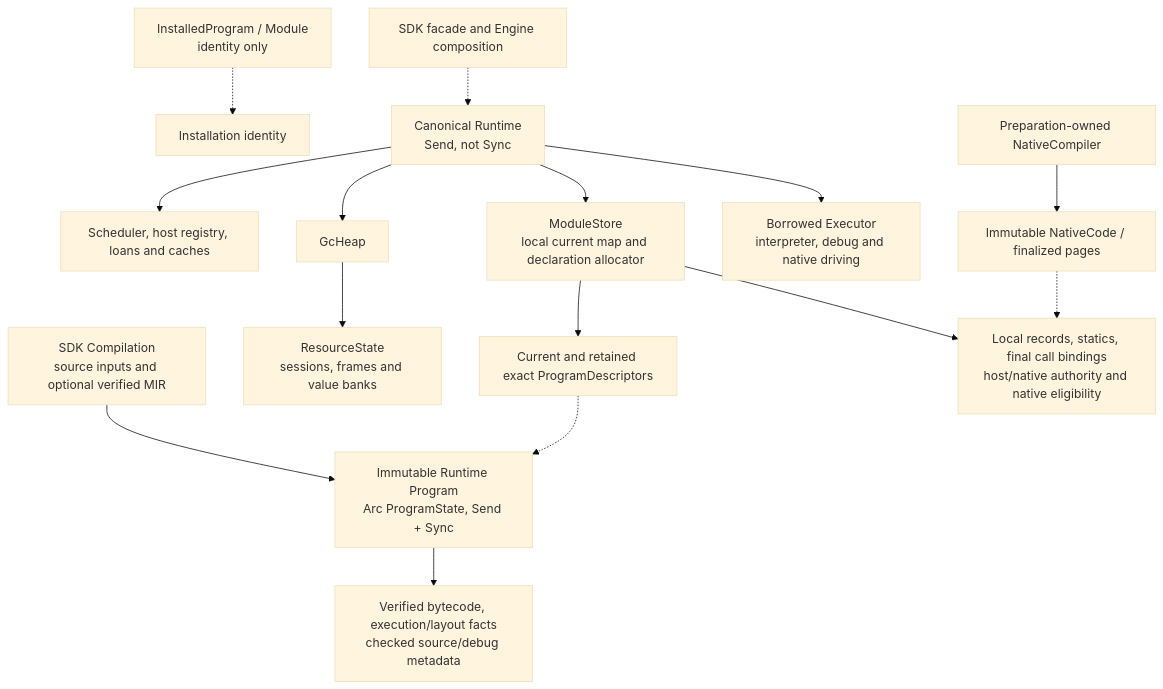
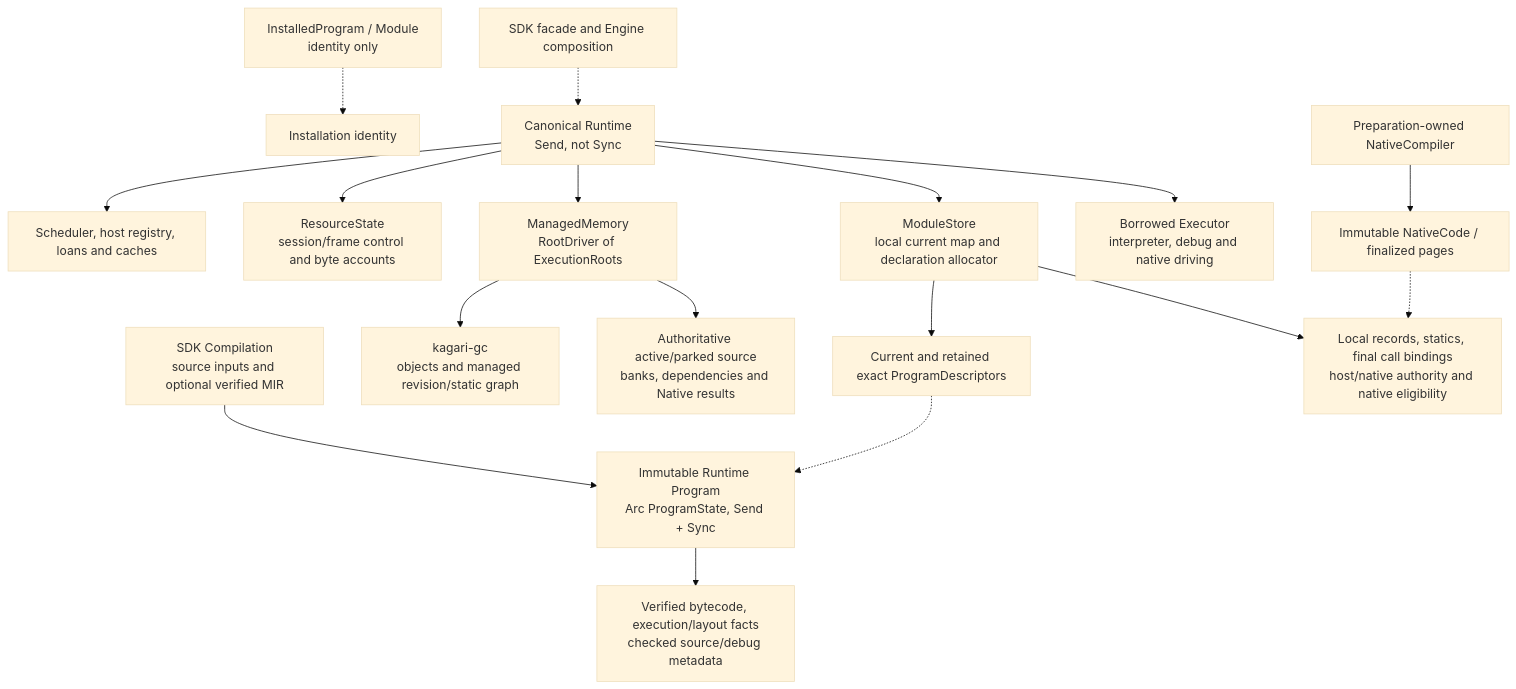
The first of 3 diagrams in docs/architecture/runtime.md (kagari-lang/kagari), drawn with Mermaid (base theme) before and after one commit. The commit also changed other lines of this file and 22 other files, not shown here.

````diff
--- a/docs/architecture/runtime.md
+++ b/docs/architecture/runtime.md
@@ -21,16 +22,18 @@
 ```mermaid
 flowchart TD
     PREP["SDK Compilation<br/>source inputs and optional verified MIR"] --> PRODUCT["Immutable Runtime Program<br/>Arc ProgramState, Send + Sync"] --> CODE["Verified bytecode, execution/layout facts<br/>checked source/debug metadata"]
     SDK["SDK facade and Engine composition"] -.-> RT["Canonical Runtime<br/>Send, not Sync"]
     RT --> EXEC["Borrowed Executor<br/>interpreter, debug and native driving"]
     RT --> STORE["ModuleStore<br/>local current map and declaration allocator"]
     STORE --> RECORD["Local records, statics, final call bindings<br/>host/native authority and native eligibility"]
     STORE --> DESC["Current and retained exact ProgramDescriptors"]
     DESC -.-> PRODUCT
     HANDLE["InstalledProgram / Module<br/>identity only"] -.-> ID["Installation identity"]
-    RT --> GC["GcHeap"]
-    GC --> RESOURCE["ResourceState<br/>sessions, frames and value banks"]
+    RT --> GC["ManagedMemory<br/>RootDriver of ExecutionRoots"]
+    GC --> SOURCE["Authoritative active/parked source<br/>banks, dependencies and Native results"]
+    GC --> HEAP["kagari-gc<br/>objects and managed revision/static graph"]
+    RT --> RESOURCE["ResourceState<br/>session/frame control and byte accounts"]
     RT --> SERVICE["Scheduler, host registry, loans and caches"]
     COMPILER["Preparation-owned NativeCompiler"] --> PAGES["Immutable NativeCode / finalized pages"]
     PAGES -.-> RECORD
 ```
````
